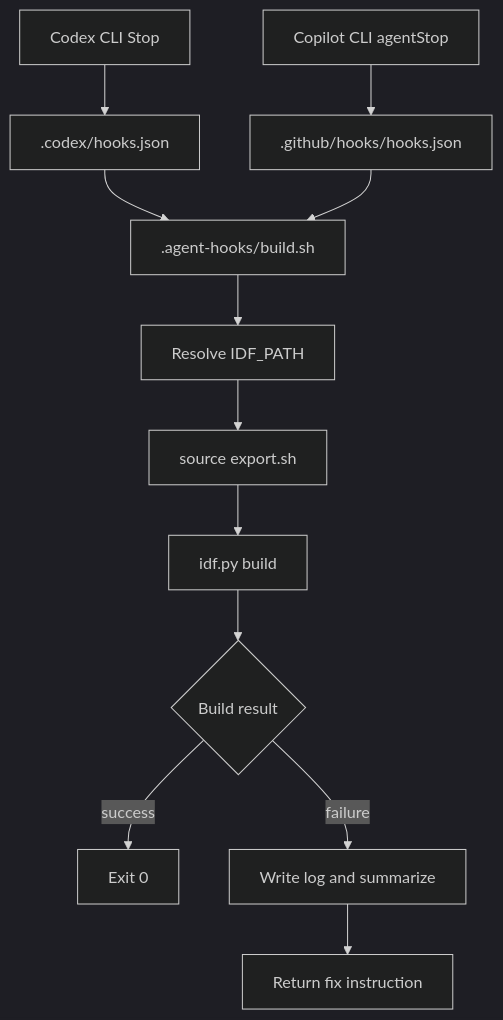
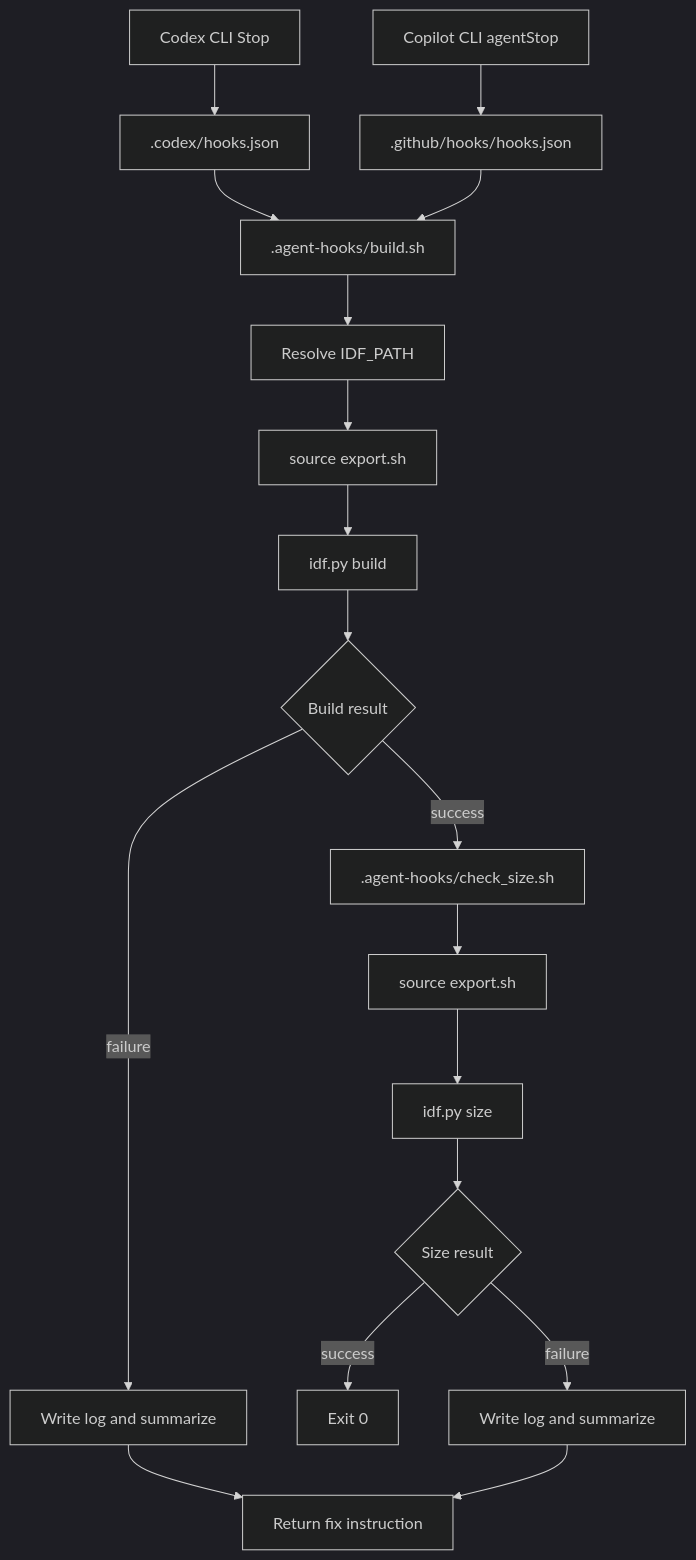
The first of 2 diagrams in docs/DESIGN.md (tkumata/prone-model), drawn with Mermaid (dark theme) before and after one commit. The commit also changed other lines of this file and 5 other files, not shown here.

````diff
--- a/docs/DESIGN.md
+++ b/docs/DESIGN.md
@@ -382,14 +382,20 @@
 ```mermaid
 flowchart TD
   A["Codex CLI Stop"] --> C[".codex/hooks.json"]
   B["Copilot CLI agentStop"] --> D[".github/hooks/hooks.json"]
   C --> E[".agent-hooks/build.sh"]
   D --> E
   E --> F["Resolve IDF_PATH"]
   F --> G["source export.sh"]
   G --> H["idf.py build"]
   H --> I{"Build result"}
-  I -->|success| J["Exit 0"]
+  I -->|success| J[".agent-hooks/check_size.sh"]
   I -->|failure| K["Write log and summarize"]
-  K --> L["Return fix instruction"]
+  J --> L["source export.sh"]
+  L --> M["idf.py size"]
+  M --> N{"Size result"}
+  N -->|success| O["Exit 0"]
+  N -->|failure| P["Write log and summarize"]
+  K --> Q["Return fix instruction"]
+  P --> Q
 ```
````
